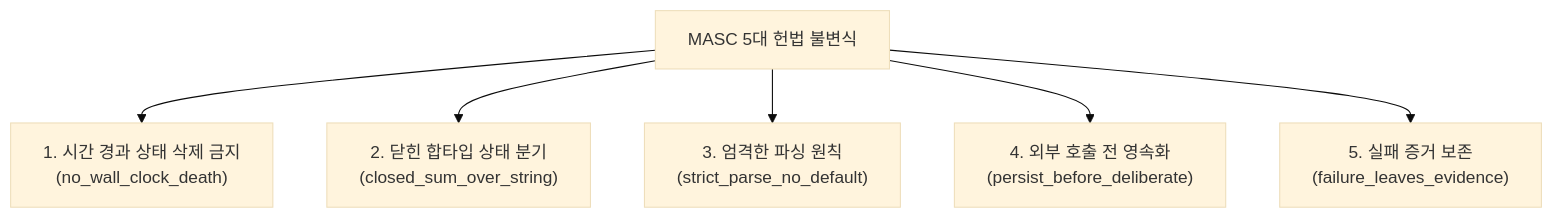
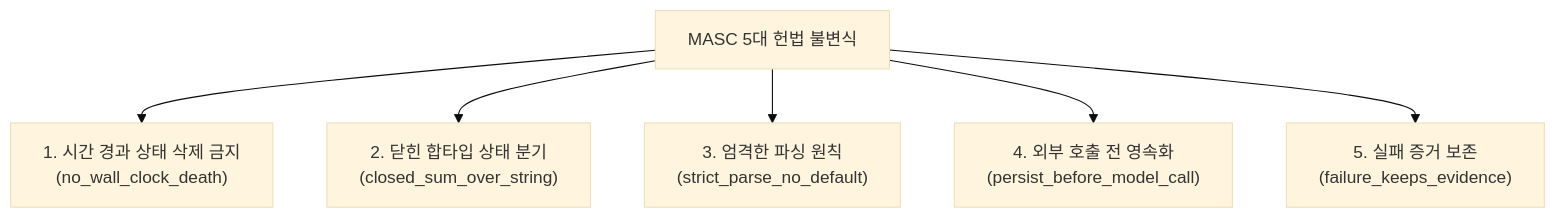
Before and after one commit to jeong-sik/masc: the diagram in docs-site/src/content/docs/ko/architecture/constitution.md, drawn with Mermaid (base theme). The commit also changed other lines of this file and 5 other files, not shown here.

````diff
--- a/docs-site/src/content/docs/ko/architecture/constitution.md
+++ b/docs-site/src/content/docs/ko/architecture/constitution.md
@@ -12,9 +12,9 @@
 ```mermaid
 flowchart TD
     ROOT["MASC 5대 헌법 불변식"]
     ROOT --> P1["1. 시간 경과 상태 삭제 금지<br/>(no_wall_clock_death)"]
     ROOT --> P2["2. 닫힌 합타입 상태 분기<br/>(closed_sum_over_string)"]
     ROOT --> P3["3. 엄격한 파싱 원칙<br/>(strict_parse_no_default)"]
-    ROOT --> P4["4. 외부 호출 전 영속화<br/>(persist_before_deliberate)"]
-    ROOT --> P5["5. 실패 증거 보존<br/>(failure_leaves_evidence)"]
+    ROOT --> P4["4. 외부 호출 전 영속화<br/>(persist_before_model_call)"]
+    ROOT --> P5["5. 실패 증거 보존<br/>(failure_keeps_evidence)"]
 ```
````
